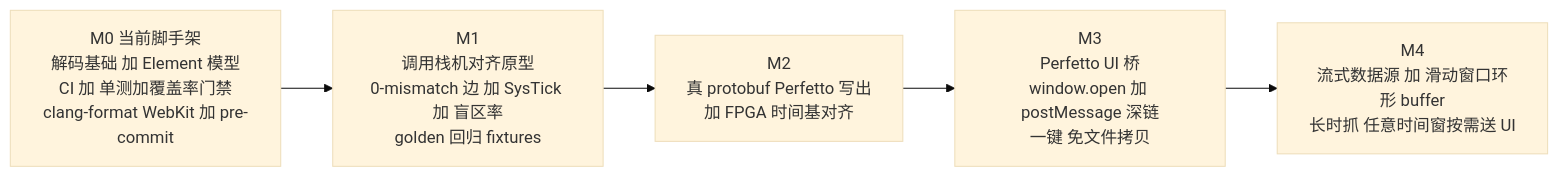
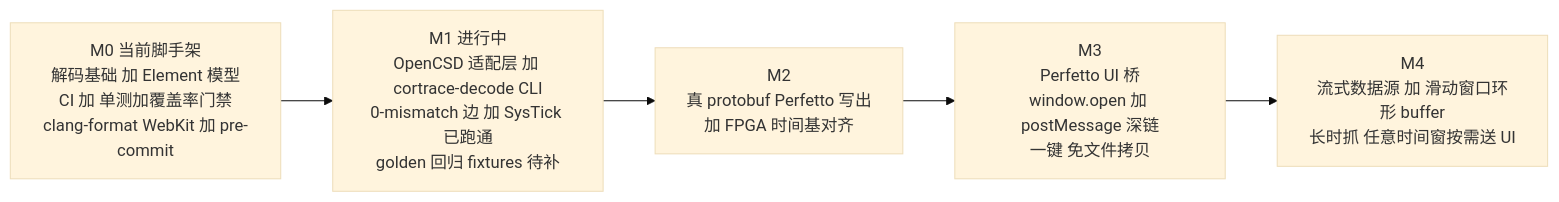
One commit to FASTSHIFT/cortrace changed the fourth of 4 diagrams in docs/ARCHITECTURE.md. Above: the diagram before and after it, drawn with Mermaid (base theme). The commit also changed 6 other files, not shown here.

First line of the commit message:
feat(decoder): add OpenCSD ETMv4 adapter and cortrace-decode CLI

````diff
--- a/docs/ARCHITECTURE.md
+++ b/docs/ARCHITECTURE.md
@@ -162,9 +162,9 @@
 ```mermaid
 flowchart LR
     M0["M0 当前脚手架<br>解码基础 加 Element 模型<br>CI 加 单测加覆盖率门禁<br>clang-format WebKit 加 pre-commit"]
-    M1["M1<br>调用栈机对齐原型<br>0-mismatch 边 加 SysTick 加 盲区率<br>golden 回归 fixtures"]
+    M1["M1 进行中<br>OpenCSD 适配层 加 cortrace-decode CLI<br>0-mismatch 边 加 SysTick 已跑通<br>golden 回归 fixtures 待补"]
     M2["M2<br>真 protobuf Perfetto 写出<br>加 FPGA 时间基对齐"]
     M3["M3<br>Perfetto UI 桥<br>window.open 加 postMessage 深链<br>一键 免文件拷贝"]
     M4["M4<br>流式数据源 加 滑动窗口环形 buffer<br>长时抓 任意时间窗按需送 UI"]
     M0 --> M1 --> M2 --> M3 --> M4
 ```
````
